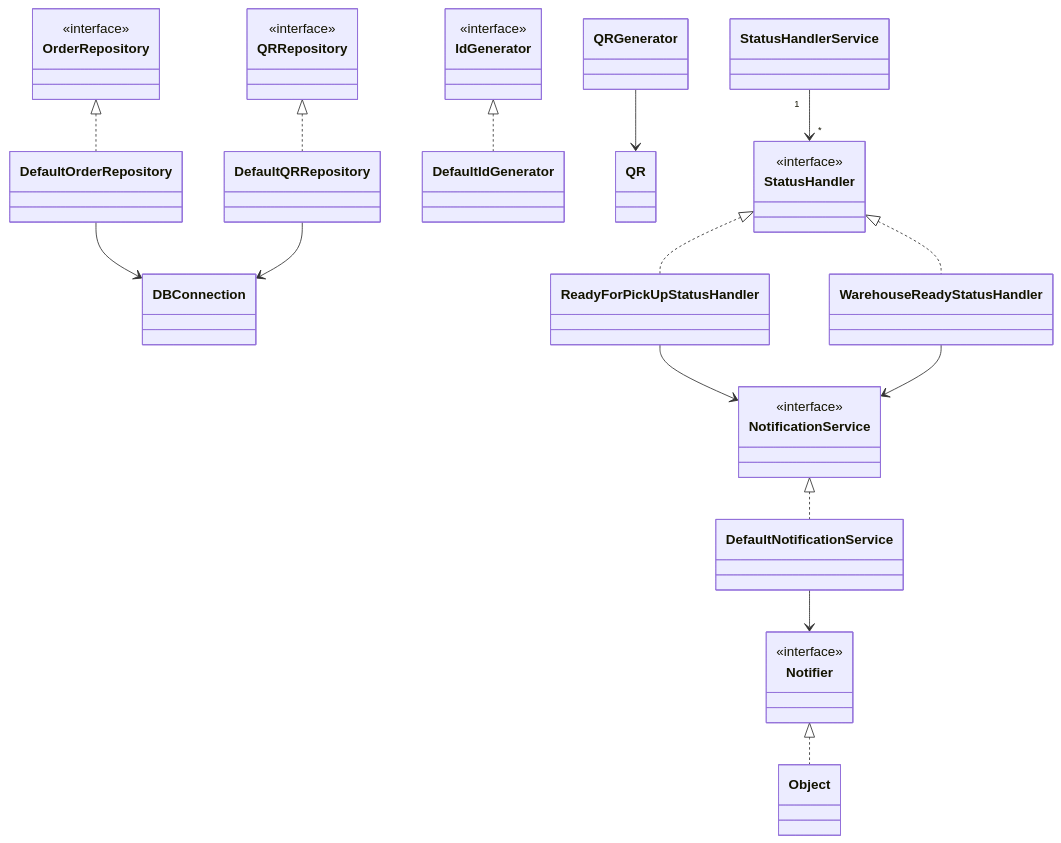
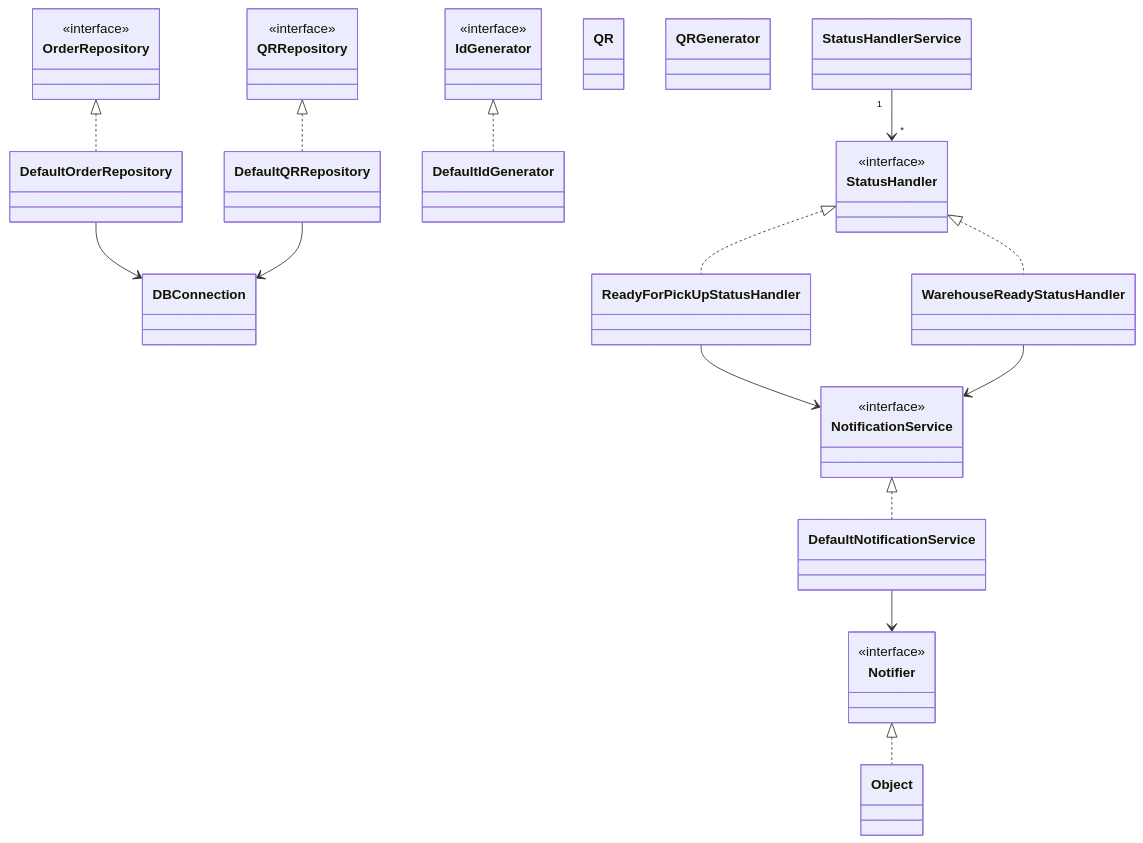
Before and after one commit to SilviuMihnea/framework-di-comparison: the diagram in README.md, drawn with Mermaid.

````diff
--- a/README.md
+++ b/README.md
@@ -21,41 +21,40 @@
 ```mermaid
 classDiagram
     class DBConnection
 
     class OrderRepository
     <<interface>> OrderRepository
     OrderRepository <|.. DefaultOrderRepository
     DefaultOrderRepository --> DBConnection
 
     class QRRepository
     <<interface>> QRRepository
     QRRepository <|.. DefaultQRRepository
     DefaultQRRepository --> DBConnection
 
     class IdGenerator
     <<interface>> IdGenerator
     IdGenerator <|.. DefaultIdGenerator
 
     class QR
     class QRGenerator
-    QRGenerator --> QR
 
     class Notifier
     <<interface>> Notifier
     Notifier <|.. Object
     class NotificationService
     <<interface>> NotificationService
     class DefaultNotificationService
     NotificationService <|.. DefaultNotificationService
     DefaultNotificationService --> Notifier
 
     class StatusHandler
     <<interface>> StatusHandler
     StatusHandler <|.. ReadyForPickUpStatusHandler
     StatusHandler <|.. WarehouseReadyStatusHandler
     ReadyForPickUpStatusHandler --> NotificationService
     WarehouseReadyStatusHandler --> NotificationService
 
     class StatusHandlerService
     StatusHandlerService "1" --> "*" StatusHandler
 ```
````
